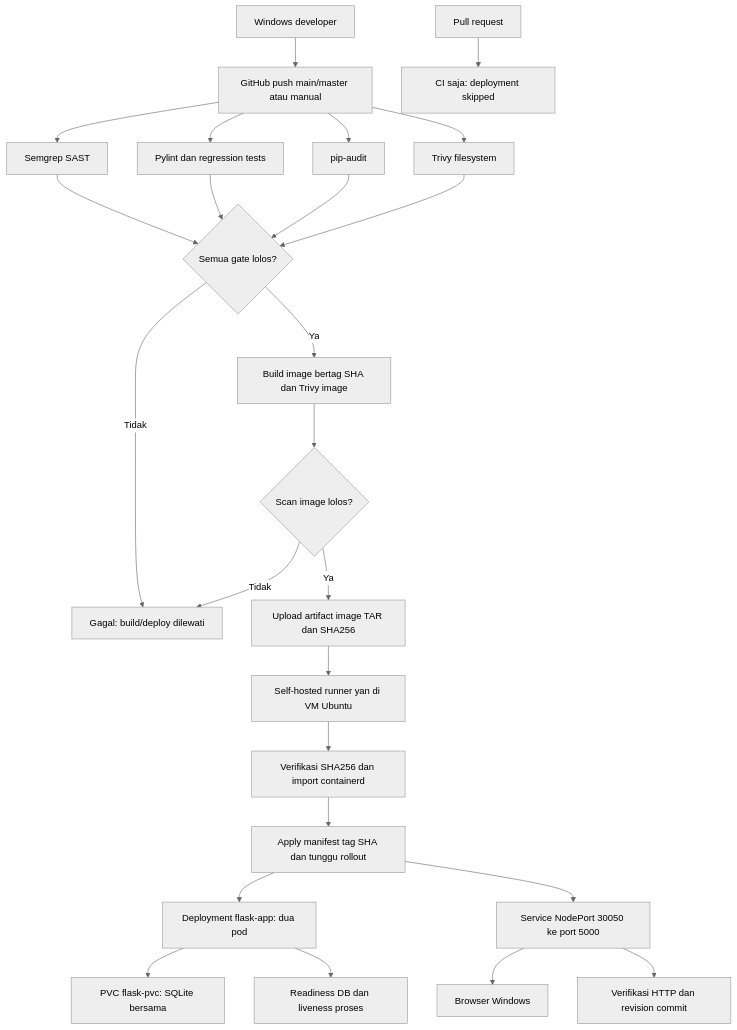
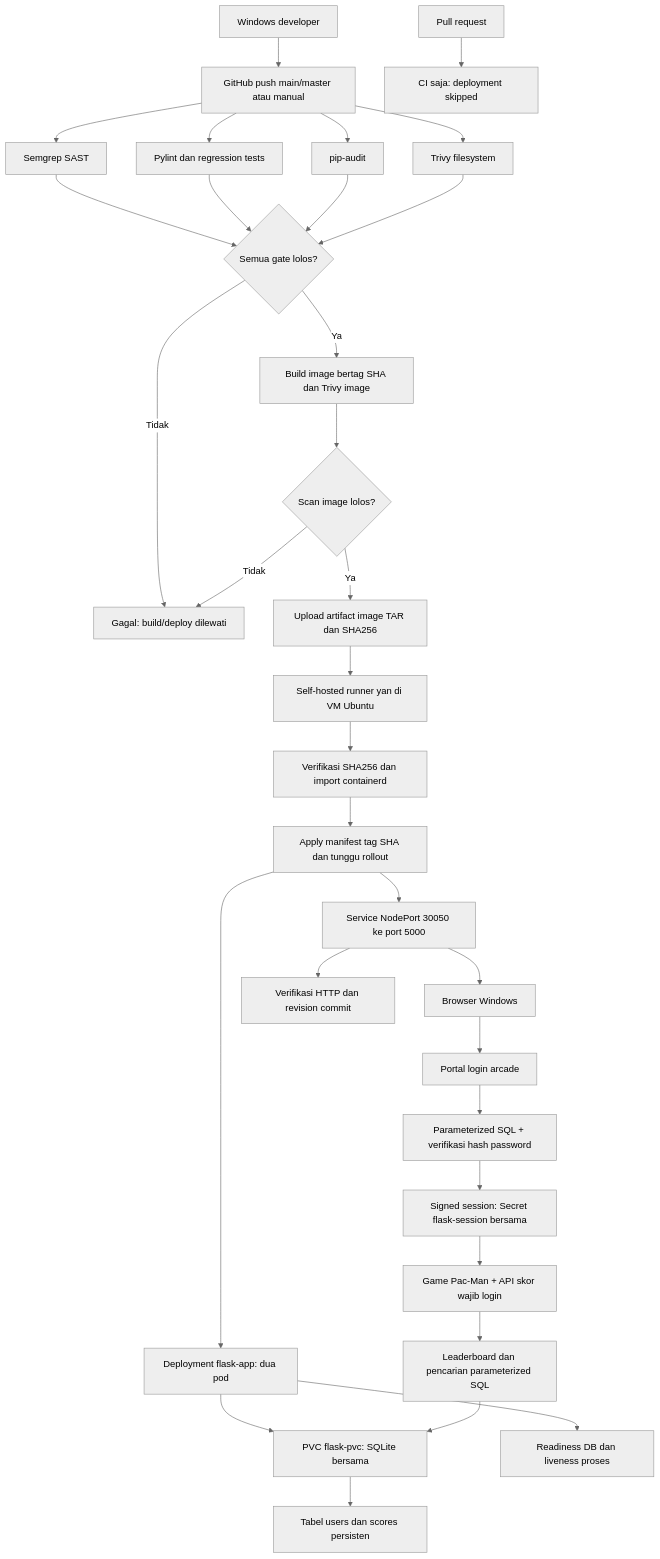
The diagram in docs/pipeline.mmd (trearyanp-a11y/belajar-devsecops-pipeline), drawn with Mermaid (neutral theme) before and after one commit. The commit also changed 18 other files, not shown here.

Commit message:
feat: integrate authenticated Pac-Man arcade portal

```diff
--- a/docs/pipeline.mmd
+++ b/docs/pipeline.mmd
@@ -1,25 +1,32 @@
 flowchart TD
     A[Windows developer] --> B[GitHub push main/master atau manual]
     B --> C[Semgrep SAST]
     B --> D[Pylint dan regression tests]
     B --> E[pip-audit]
     B --> F[Trivy filesystem]
     C --> G{Semua gate lolos?}
     D --> G
     E --> G
     F --> G
     G -->|Tidak| X[Gagal: build/deploy dilewati]
     G -->|Ya| H[Build image bertag SHA dan Trivy image]
     H --> I{Scan image lolos?}
     I -->|Tidak| X
     I -->|Ya| J[Upload artifact image TAR dan SHA256]
     J --> K[Self-hosted runner yan di VM Ubuntu]
     K --> L[Verifikasi SHA256 dan import containerd]
     L --> M[Apply manifest tag SHA dan tunggu rollout]
     M --> N[Deployment flask-app: dua pod]
     N --> O[PVC flask-pvc: SQLite bersama]
     N --> P[Readiness DB dan liveness proses]
     M --> Q[Service NodePort 30050 ke port 5000]
     Q --> R[Browser Windows]
+    R --> V[Portal login arcade]
+    V --> W[Parameterized SQL + verifikasi hash password]
+    W --> Y[Signed session: Secret flask-session bersama]
+    Y --> Z[Game Pac-Man + API skor wajib login]
+    Z --> AA[Leaderboard dan pencarian parameterized SQL]
+    AA --> O
+    O --> AB[Tabel users dan scores persisten]
     Q --> S[Verifikasi HTTP dan revision commit]
     T[Pull request] --> U[CI saja: deployment skipped]
```
